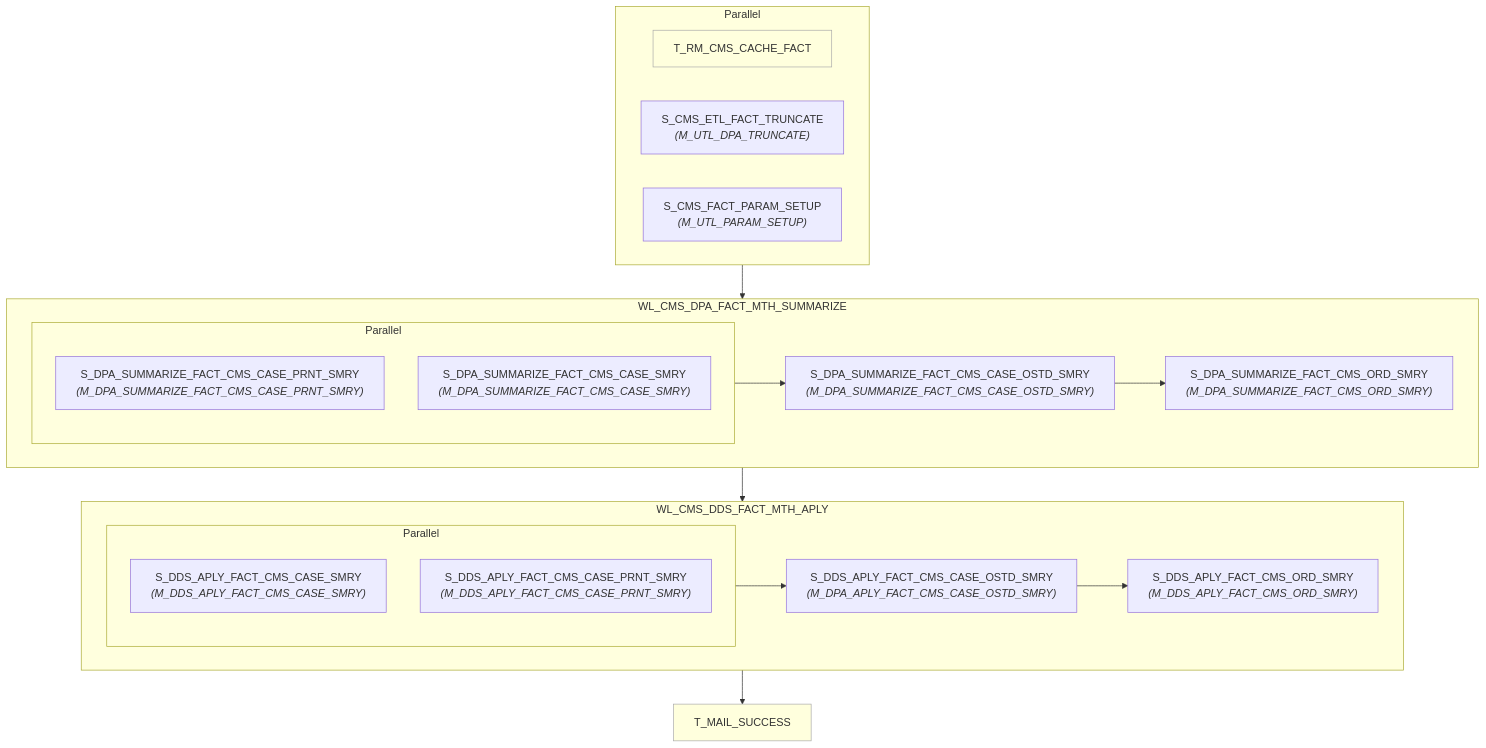
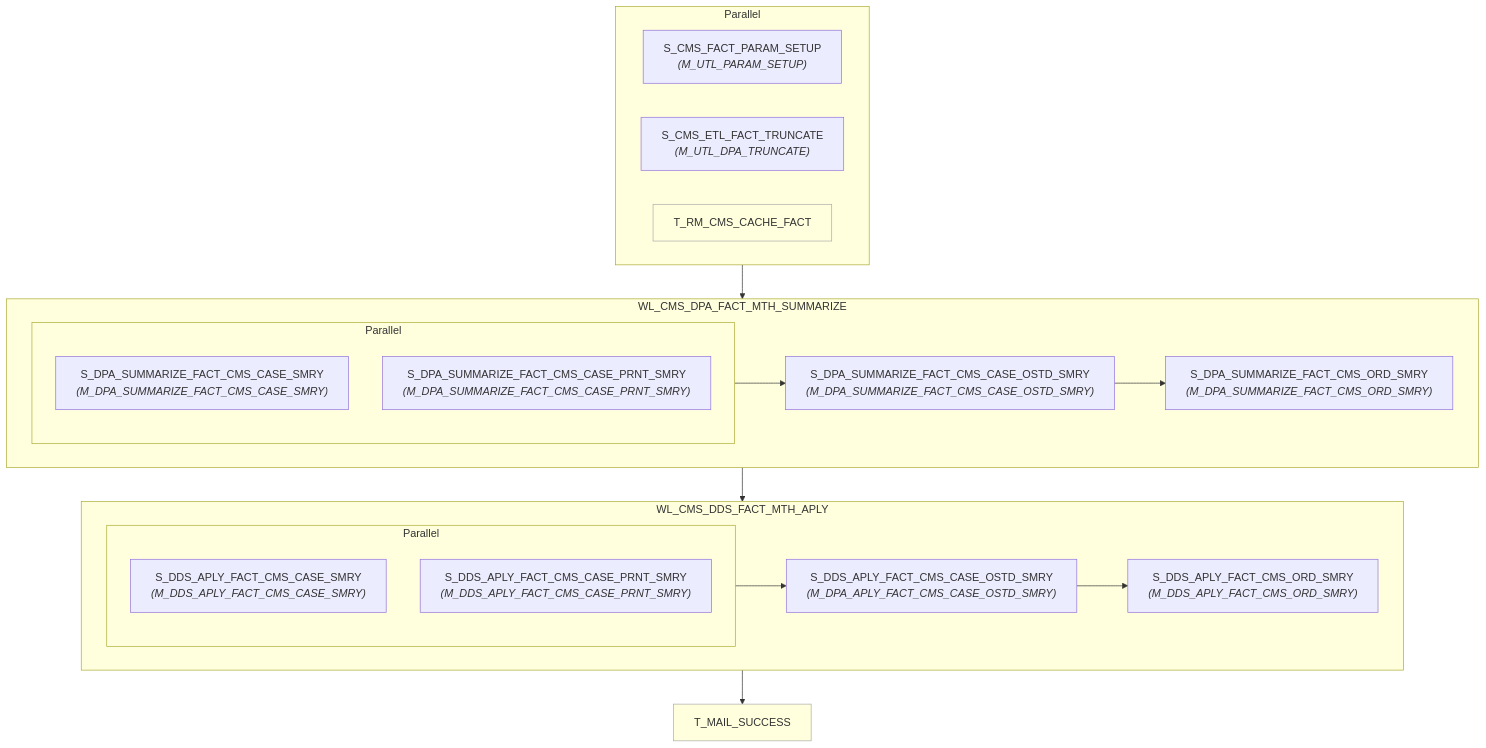
Before and after one commit to asl-adamxu/informatica-sparker-poc: the diagram in informatica/PySpark_workflows/dds/WF_CMS_DDS_APLY_MTH/wf_cms_dds_aply_mth.md, drawn with Mermaid. The commit also changed 354 other files, not shown here.

````diff
--- a/informatica/PySpark_workflows/dds/WF_CMS_DDS_APLY_MTH/wf_cms_dds_aply_mth.md
+++ b/informatica/PySpark_workflows/dds/WF_CMS_DDS_APLY_MTH/wf_cms_dds_aply_mth.md
@@ -7,41 +7,41 @@
 ```mermaid
 flowchart TD
-    n1["T_RM_CMS_CACHE_FACT"]
-    style n1 fill:#ffd,stroke:#aaa,stroke-width:1px
+    n1["S_CMS_FACT_PARAM_SETUP<br/><i>(M_UTL_PARAM_SETUP)</i>"]
     n2["S_CMS_ETL_FACT_TRUNCATE<br/><i>(M_UTL_DPA_TRUNCATE)</i>"]
-    n3["S_CMS_FACT_PARAM_SETUP<br/><i>(M_UTL_PARAM_SETUP)</i>"]
+    n3["T_RM_CMS_CACHE_FACT"]
+    style n3 fill:#ffd,stroke:#aaa,stroke-width:1px
     subgraph pg4[Parallel]
         n1
         n2
         n3
     end
     subgraph wkl5["WL_CMS_DPA_FACT_MTH_SUMMARIZE"]
-    n6["S_DPA_SUMMARIZE_FACT_CMS_CASE_PRNT_SMRY<br/><i>(M_DPA_SUMMARIZE_FACT_CMS_CASE_PRNT_SMRY)</i>"]
-    n7["S_DPA_SUMMARIZE_FACT_CMS_CASE_SMRY<br/><i>(M_DPA_SUMMARIZE_FACT_CMS_CASE_SMRY)</i>"]
+    n6["S_DPA_SUMMARIZE_FACT_CMS_CASE_SMRY<br/><i>(M_DPA_SUMMARIZE_FACT_CMS_CASE_SMRY)</i>"]
+    n7["S_DPA_SUMMARIZE_FACT_CMS_CASE_PRNT_SMRY<br/><i>(M_DPA_SUMMARIZE_FACT_CMS_CASE_PRNT_SMRY)</i>"]
     subgraph pg8[Parallel]
         n6
         n7
     end
     n9["S_DPA_SUMMARIZE_FACT_CMS_CASE_OSTD_SMRY<br/><i>(M_DPA_SUMMARIZE_FACT_CMS_CASE_OSTD_SMRY)</i>"]
     n10["S_DPA_SUMMARIZE_FACT_CMS_ORD_SMRY<br/><i>(M_DPA_SUMMARIZE_FACT_CMS_ORD_SMRY)</i>"]
         pg8 --> n9
         n9 --> n10
     end
     subgraph wkl11["WL_CMS_DDS_FACT_MTH_APLY"]
     n12["S_DDS_APLY_FACT_CMS_CASE_SMRY<br/><i>(M_DDS_APLY_FACT_CMS_CASE_SMRY)</i>"]
     n13["S_DDS_APLY_FACT_CMS_CASE_PRNT_SMRY<br/><i>(M_DDS_APLY_FACT_CMS_CASE_PRNT_SMRY)</i>"]
     subgraph pg14[Parallel]
         n12
         n13
     end
     n15["S_DDS_APLY_FACT_CMS_CASE_OSTD_SMRY<br/><i>(M_DPA_APLY_FACT_CMS_CASE_OSTD_SMRY)</i>"]
     n16["S_DDS_APLY_FACT_CMS_ORD_SMRY<br/><i>(M_DDS_APLY_FACT_CMS_ORD_SMRY)</i>"]
         pg14 --> n15
         n15 --> n16
     end
     n17["T_MAIL_SUCCESS"]
     style n17 fill:#ffd,stroke:#aaa,stroke-width:1px
     pg4 --> wkl5
     wkl5 --> wkl11
     wkl11 --> n17
 ```
````
